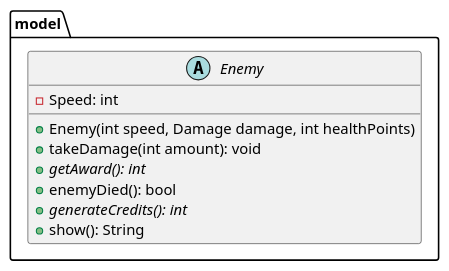
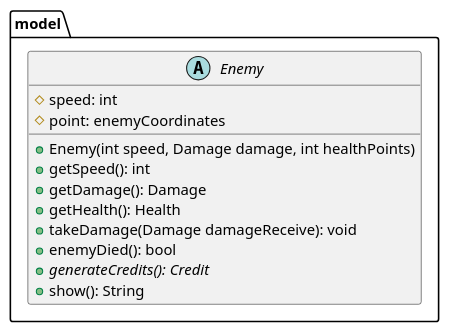
One commit to alejandrodelcs/algo3_tp2 changed the diagram in diagrams/classes/algoDefense/model/enemy/Enemy.puml. Above: the diagram before and after it, drawn with PlantUML. The commit also changed 25 other files, not shown here.

First line of the commit message:
UML: finished all diagrams

```diff
--- a/diagrams/classes/algoDefense/model/enemy/Enemy.puml
+++ b/diagrams/classes/algoDefense/model/enemy/Enemy.puml
@@ -1,19 +1,20 @@
 @startuml
 'https://plantuml.com/class-diagram
-'TODO: enemy has a Damage private
-'TODO: enemy has a Health private
 package model {
     abstract class Enemy {
-        - Speed: int
+        # speed: int
+        # point: enemyCoordinates
 
         + Enemy(int speed, Damage damage, int healthPoints)
-        + takeDamage(int amount): void
-        + getAward(): int {abstract}
+        + getSpeed(): int
+        + getDamage(): Damage
+        + getHealth(): Health
+        + takeDamage(Damage damageReceive): void
         + enemyDied(): bool
-        + generateCredits(): int {abstract}
+        + generateCredits(): Credit {abstract}
         + show(): String
     }
 }
 
 
 @enduml
```
